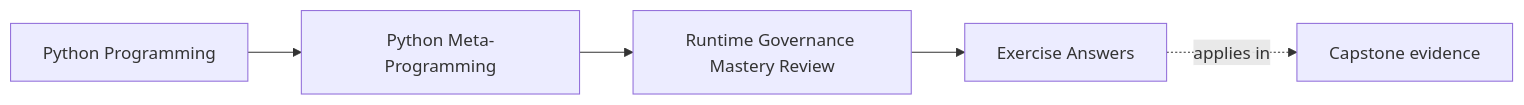
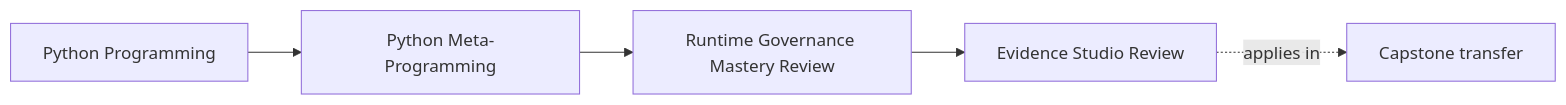
One commit to bijux/bijux-masterclass changed the first of 3 diagrams in programs/python-programming/python-meta-programming/course-book/module-10-runtime-governance-mastery-review/exercise-answers.md. Above: the diagram before and after it, drawn with Mermaid. The commit also changed other lines of this file and 1 other file, not shown here.

Commit message:
docs(meta-course): build runtime governance evidence studio

````diff
--- a/programs/python-programming/python-meta-programming/course-book/module-10-runtime-governance-mastery-review/exercise-answers.md
+++ b/programs/python-programming/python-meta-programming/course-book/module-10-runtime-governance-mastery-review/exercise-answers.md
@@ -7,11 +6,11 @@
 ```mermaid
 graph LR
   family["Python Programming"]
   program["Python Meta-Programming"]
   section["Runtime Governance Mastery Review"]
-  page["Exercise Answers"]
-  capstone["Capstone evidence"]
+  page["Evidence Studio Review"]
+  capstone["Capstone transfer"]
 
   family --> program --> section --> page
   page -.applies in.-> capstone
 ```
````
